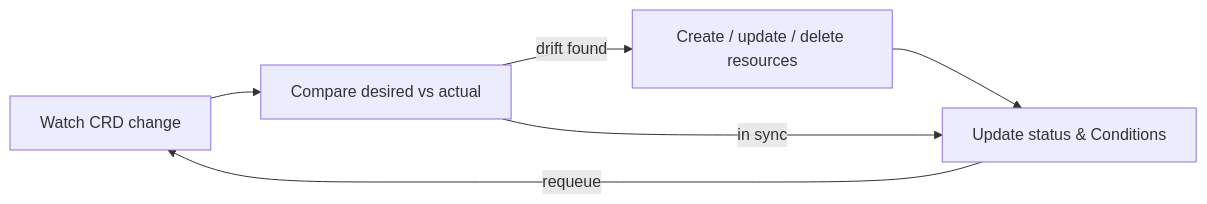
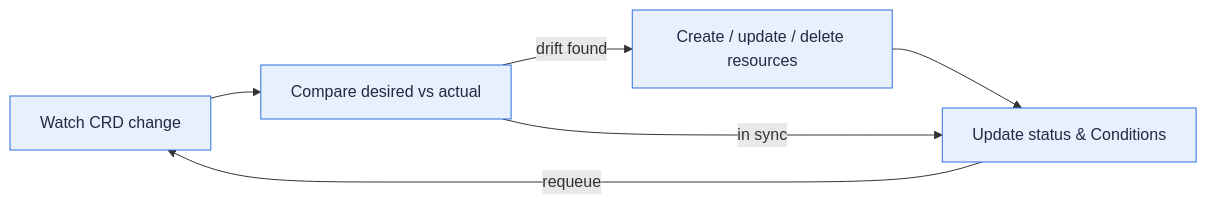
The diagram in content/en/docs/architecture/reconcilers.md (fission/fission.io), drawn with Mermaid before and after one commit. The commit also changed 30 other files, not shown here.

First line of the commit message:
Address PR feedback: zoomable diagrams, multi-color kit, centering, preview links

````diff
--- a/content/en/docs/architecture/reconcilers.md
+++ b/content/en/docs/architecture/reconcilers.md
@@ -20,12 +20,15 @@
 ```mermaid
 flowchart LR
   watch["Watch CRD change"]
   compare["Compare desired vs actual"]
   act["Create / update / delete resources"]
   status["Update status & Conditions"]
   watch --> compare
   compare -->|"drift found"| act
   act --> status
   compare -->|"in sync"| status
   status -->|"requeue"| watch
+
+  class watch,compare,act,status fission
+  classDef fission fill:#e8f0fe,stroke:#2d70de,color:#1f2a43
 ```
````
